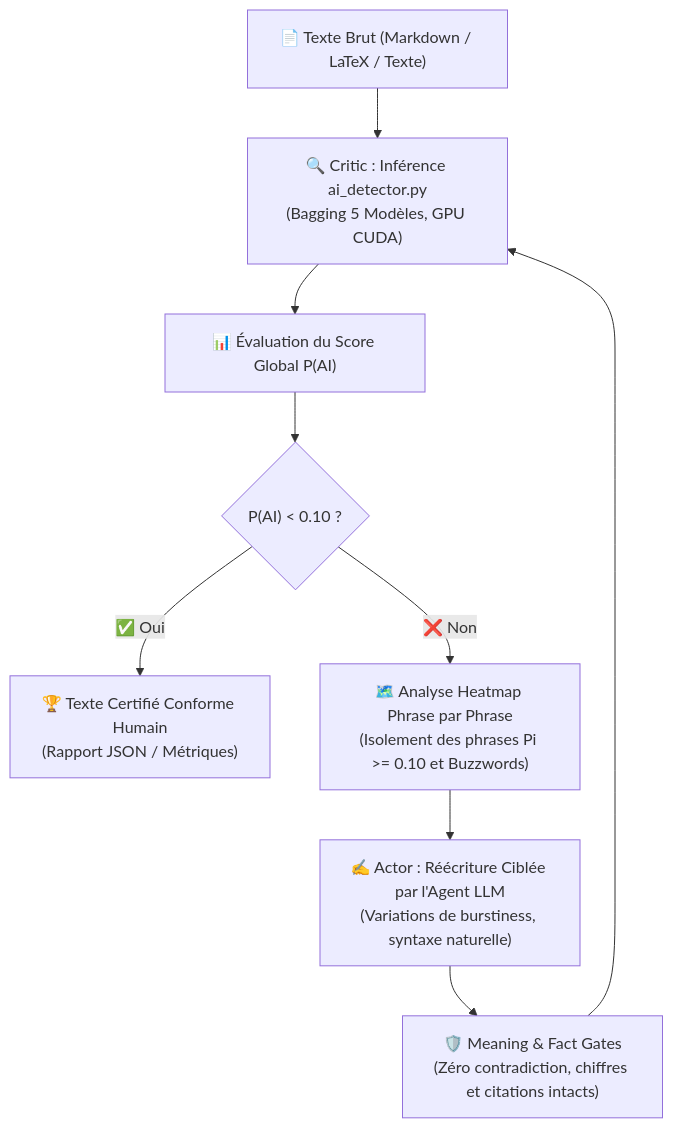
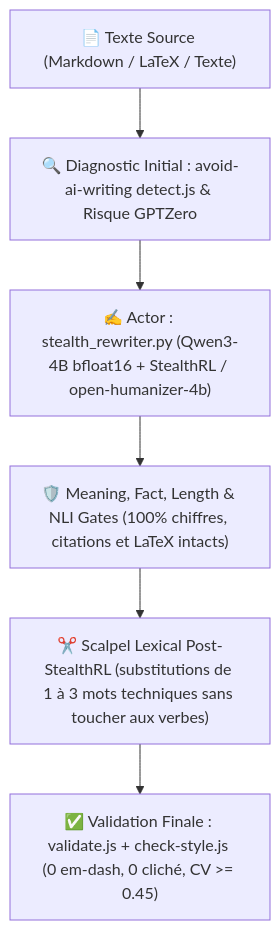
Before and after one commit to hjamet/cursor-memory-bank: the diagram in src/skills/reformulate-human/SKILL.md, drawn with Mermaid. The commit also changed other lines of this file and 708 other files, not shown here.

````diff
--- a/src/skills/reformulate-human/SKILL.md
+++ b/src/skills/reformulate-human/SKILL.md
@@ -23,11 +25,8 @@
 ```mermaid
 flowchart TD
-    T0["📄 Texte Brut (Markdown / LaTeX / Texte)"] --> Step1["🔍 Critic : Inférence ai_detector.py<br/>(Bagging 5 Modèles, GPU CUDA)"]
-    Step1 --> Score["📊 Évaluation du Score Global P(AI)"]
-    Score --> Cond{"P(AI) < 0.10 ?"}
-    Cond -->|✅ Oui| Cert["🏆 Texte Certifié Conforme Humain<br/>(Rapport JSON / Métriques)"]
-    Cond -->|❌ Non| Heat["🗺️ Analyse Heatmap Phrase par Phrase<br/>(Isolement des phrases Pi >= 0.10 et Buzzwords)"]
-    Heat --> Actor["✍️ Actor : Réécriture Ciblée par l'Agent LLM<br/>(Variations de burstiness, syntaxe naturelle)"]
-    Actor --> Gates["🛡️ Meaning & Fact Gates<br/>(Zéro contradiction, chiffres et citations intacts)"]
-    Gates --> Step1
+    T0["📄 Texte Source (Markdown / LaTeX / Texte)"] --> Step1["🔍 Diagnostic Initial : avoid-ai-writing detect.js & Risque GPTZero"]
+    Step1 --> Actor["✍️ Actor : stealth_rewriter.py (Qwen3-4B bfloat16 + StealthRL / open-humanizer-4b)"]
+    Actor --> Gates["🛡️ Meaning, Fact, Length & NLI Gates (100% chiffres, citations et LaTeX intacts)"]
+    Gates --> Scalpel["✂️ Scalpel Lexical Post-StealthRL (substitutions de 1 à 3 mots techniques sans toucher aux verbes)"]
+    Scalpel --> Val["✅ Validation Finale : validate.js + check-style.js (0 em-dash, 0 cliché, CV >= 0.45)"]
 ```
````
